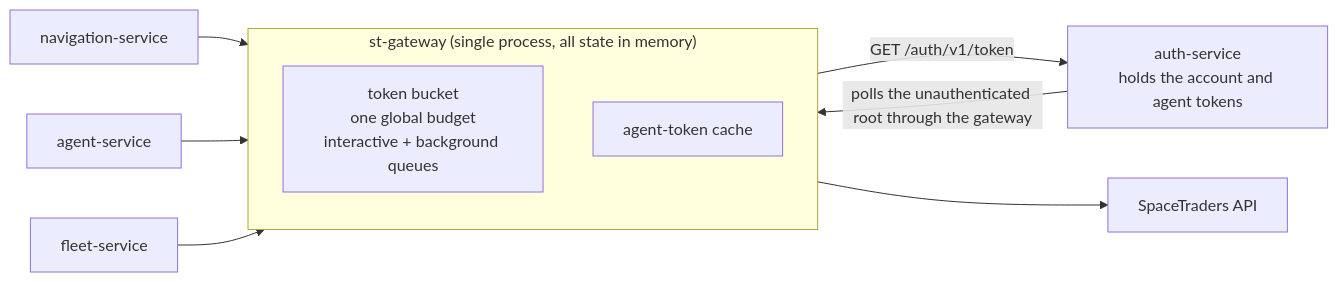
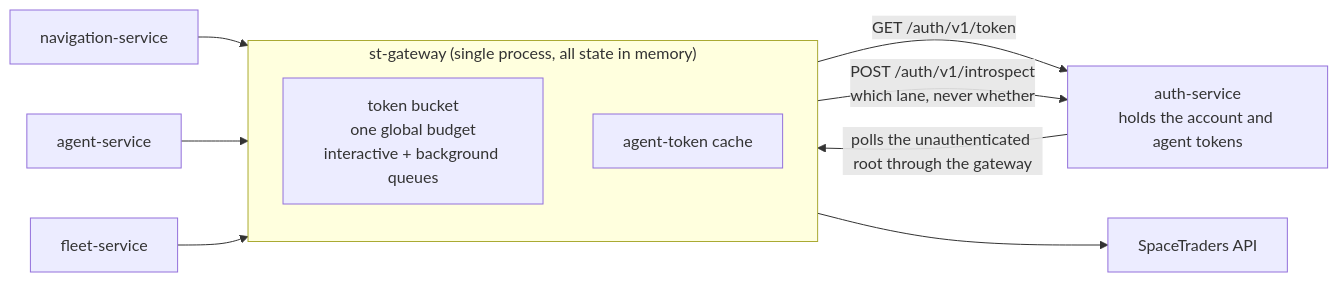
Before and after one commit to V-M-Pioneer-Trading/st-gateway: the first of 3 diagrams in README.md, drawn with Mermaid. The commit also changed other lines of this file and 17 other files, not shown here.

First line of the commit message:
Derive the lane from auth-service's answer, never a verdict (meta#80 step 9) (#11)

````diff
--- a/README.md
+++ b/README.md
@@ -26,22 +33,23 @@
 ```mermaid
 flowchart LR
   NAV["navigation-service"]
   AGT["agent-service"]
   FLT["fleet-service"]
   AUTH["auth-service<br/>holds the account and agent tokens"]
 
   subgraph GW["st-gateway (single process, all state in memory)"]
     direction TB
     BUCKET["token bucket<br/>one global budget<br/>interactive + background queues"]
     CACHE["agent-token cache"]
   end
 
   ST["SpaceTraders API"]
 
   NAV --> GW
   AGT --> GW
   FLT --> GW
   AUTH -- "polls the unauthenticated root through the gateway" --> GW
   GW -- "GET /auth/v1/token" --> AUTH
+  GW -- "POST /auth/v1/introspect<br/>which lane, never whether" --> AUTH
   GW --> ST
 ```
````
